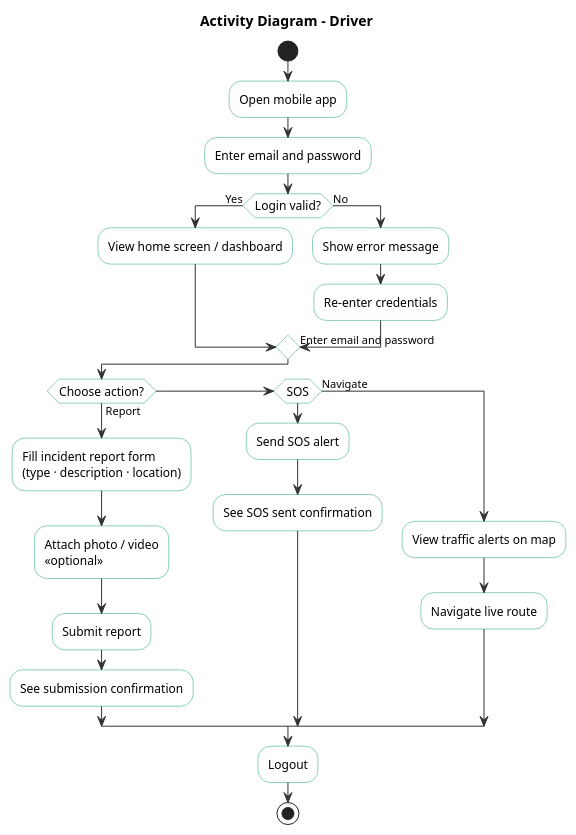
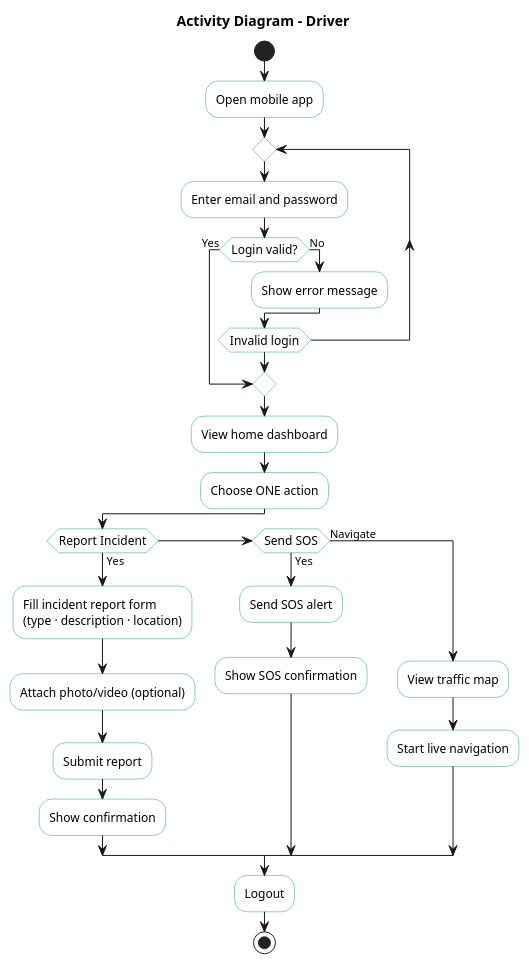
The diagram in Activity-Diagram/Driver.puml (Ali-CTRLS/Traffic-safety-mobile-app), drawn with PlantUML before and after one commit. The commit also changed 20 other files, not shown here.

Commit message:
feat: add system architecture, activity, sequence, and misuse case diagrams with corresponding SRS documentation

```diff
--- a/Activity-Diagram/Driver.puml
+++ b/Activity-Diagram/Driver.puml
@@ -1,62 +1,53 @@
 @startuml Driver_Activity
 
 skinparam backgroundColor #FFFFFF
 skinparam activity {
   BackgroundColor #FFFFFF
   BorderColor #1D9E75
   FontSize 12
   FontName Arial
-}
-skinparam activityDiamond {
-  BackgroundColor #FFFFFF
-  BorderColor #1D9E75
-}
-skinparam activityStart {
-  Color #222222
-}
-skinparam activityEnd {
-  Color #222222
-}
-skinparam arrow {
-  Color #333333
 }
 
 title Activity Diagram – Driver
 
 |Driver|
 
 start
 
 :Open mobile app;
 
-:Enter email and password;
+repeat
+  :Enter email and password;
 
-if (Login valid?) then (Yes)
-  :View home screen / dashboard;
-else (No)
-  :Show error message;
-  :Re-enter credentials;
-  -> Enter email and password;
-endif
+  if (Login valid?) then (Yes)
+    break
+  else (No)
+    :Show error message;
+  endif
 
-if (Choose action?) then (Report)
+repeat while (Invalid login)
+
+:View home dashboard;
+
+:Choose ONE action;
+
+if (Report Incident) then (Yes)
   :Fill incident report form\n(type · description · location);
-  :Attach photo / video\n«optional»;
+  :Attach photo/video (optional);
   :Submit report;
-  :See submission confirmation;
+  :Show confirmation;
 
-elseif (SOS)
+elseif (Send SOS) then (Yes)
   :Send SOS alert;
-  :See SOS sent confirmation;
+  :Show SOS confirmation;
 
 else (Navigate)
-  :View traffic alerts on map;
-  :Navigate live route;
+  :View traffic map;
+  :Start live navigation;
 
 endif
 
 :Logout;
 
 stop
-
 @enduml
```
